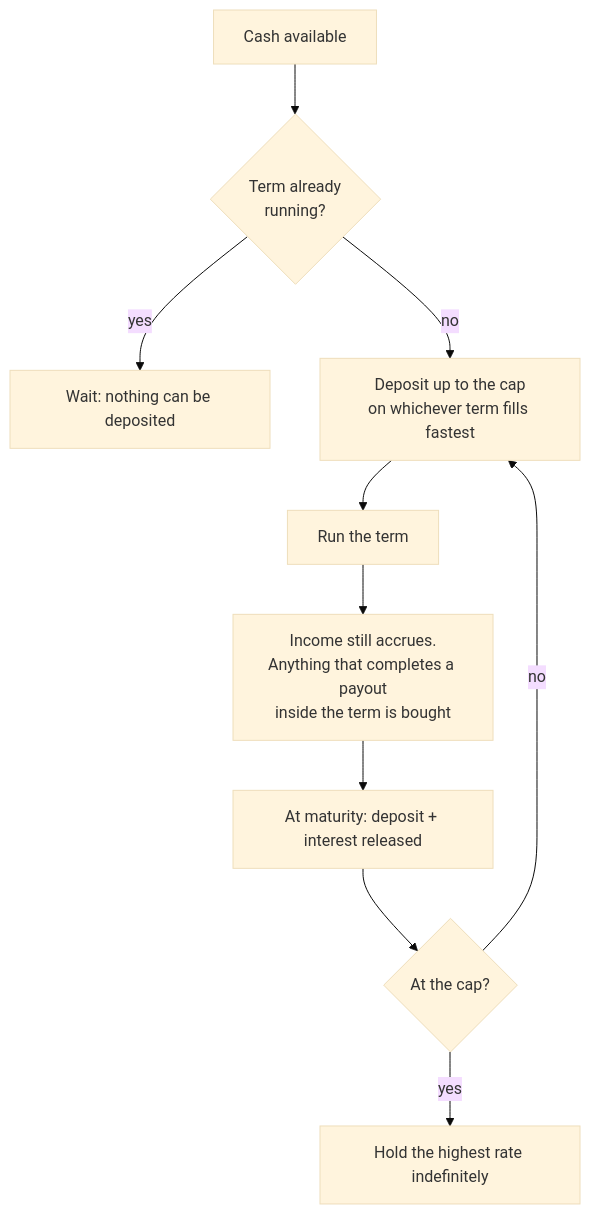
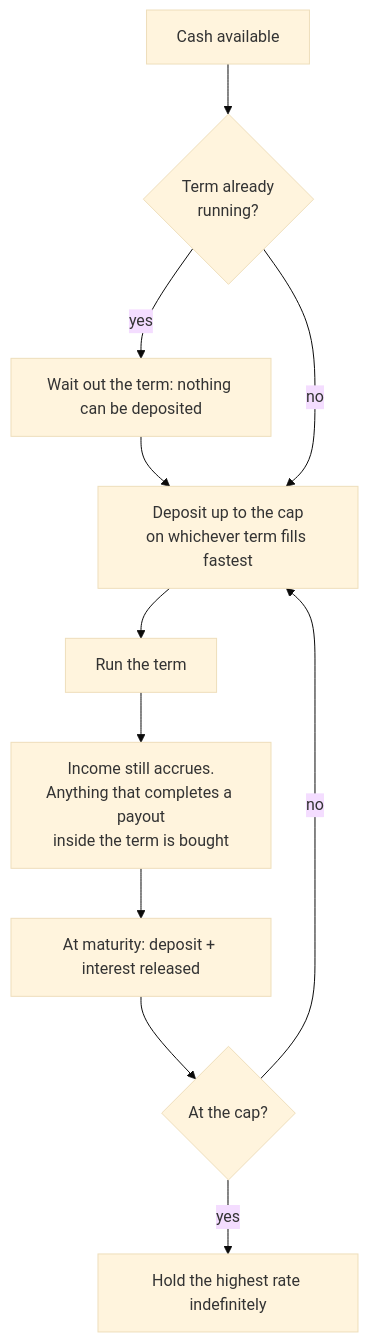
The seventh of 7 diagrams in invLogic.md (autumn-grey/autumn-grey.github.io), drawn with Mermaid (base theme) before and after one commit. The commit also changed other lines of this file and 6 other files, not shown here.

````diff
--- a/invLogic.md
+++ b/invLogic.md
@@ -986,12 +986,13 @@
 ```mermaid
 flowchart TD
   S[Cash available] --> D{Term already<br/>running?}
-  D -- yes --> W[Wait: nothing can be deposited]
+  D -- yes --> W[Wait out the term: nothing can be deposited]
+  W --> F
   D -- no --> F[Deposit up to the cap<br/>on whichever term fills fastest]
   F --> T[Run the term]
   T --> E[Income still accrues.<br/>Anything that completes a payout<br/>inside the term is bought]
   E --> M[At maturity: deposit + interest released]
   M --> C{At the cap?}
   C -- no --> F
   C -- yes --> H[Hold the highest rate indefinitely]
 ```
````
